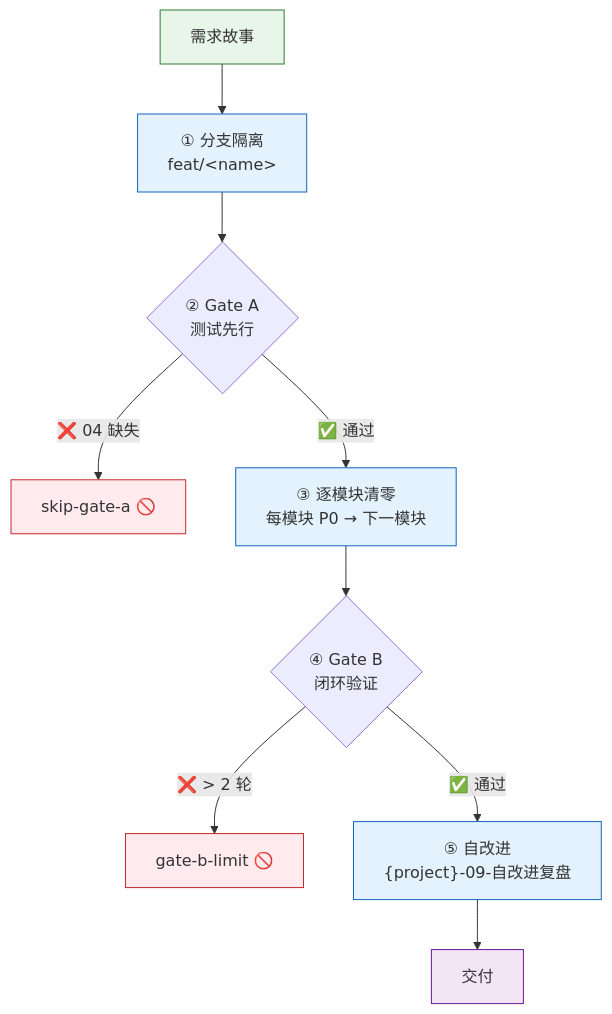
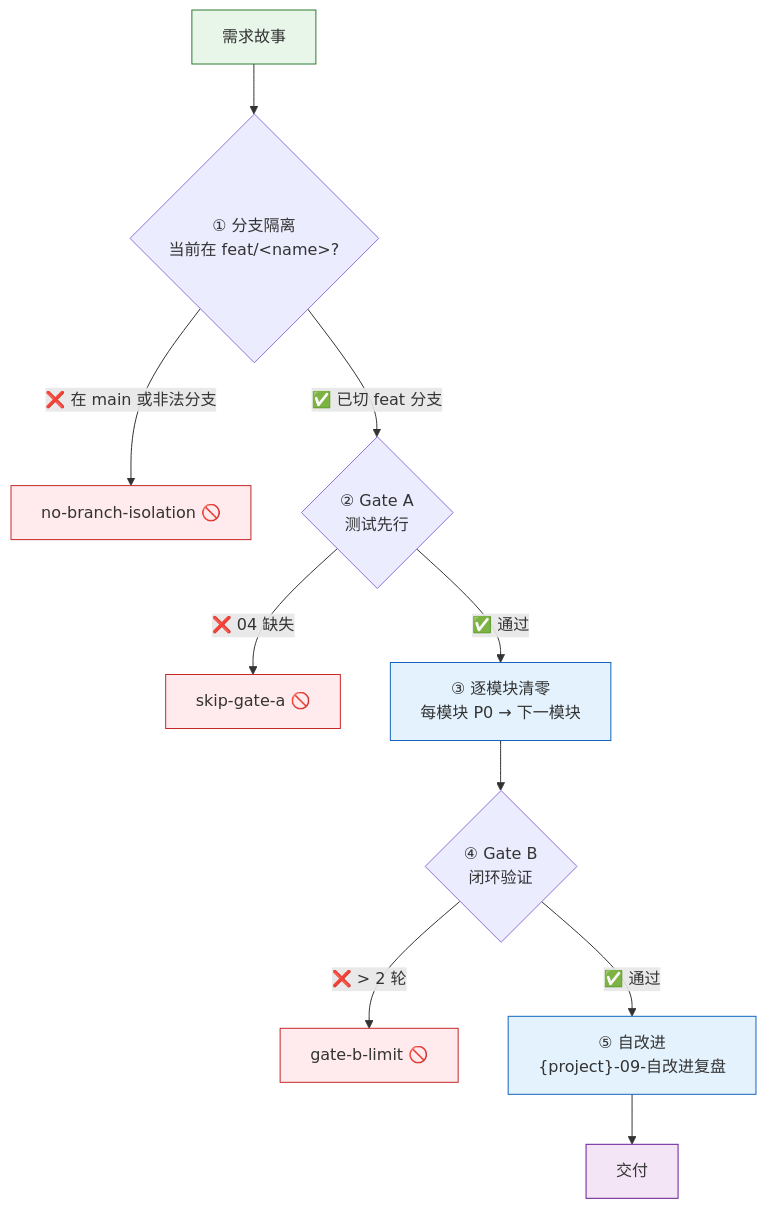
One commit to effiy/YrY changed the first of 10 diagrams in rules/code-pipeline.md. Above: the diagram before and after it, drawn with Mermaid. The commit also changed other lines of this file and 9 other files, not shown here.

````diff
--- a/rules/code-pipeline.md
+++ b/rules/code-pipeline.md
@@ -29,16 +32,17 @@
 ```mermaid
 flowchart TB
-    REQ["需求故事"]:::src --> BR["① 分支隔离<br/>feat/&lt;name&gt;"]:::phase
-    BR --> GA{"② Gate A<br/>测试先行"}
+    REQ["需求故事"]:::src --> BR{"① 分支隔离<br/>当前在 feat/&lt;name&gt;?"}
+    BR -->|"❌ 在 main 或非法分支"| X0["no-branch-isolation 🚫"]:::block
+    BR -->|"✅ 已切 feat 分支"| GA{"② Gate A<br/>测试先行"}
     GA -->|"❌ 04 缺失"| X1["skip-gate-a 🚫"]:::block
     GA -->|"✅ 通过"| MOD["③ 逐模块清零<br/>每模块 P0 → 下一模块"]:::phase
     MOD --> GB{"④ Gate B<br/>闭环验证"}
     GB -->|"❌ > 2 轮"| X2["gate-b-limit 🚫"]:::block
     GB -->|"✅ 通过"| SI["⑤ 自改进<br/>{project}-09-自改进复盘"]:::phase
     SI --> DONE["交付"]:::done
 
     classDef src fill:#e8f5e9,stroke:#2e7d32;
     classDef phase fill:#e3f2fd,stroke:#1565c0;
     classDef block fill:#ffebee,stroke:#c62828;
     classDef done fill:#f3e5f5,stroke:#6a1b9a;
 ```
````
